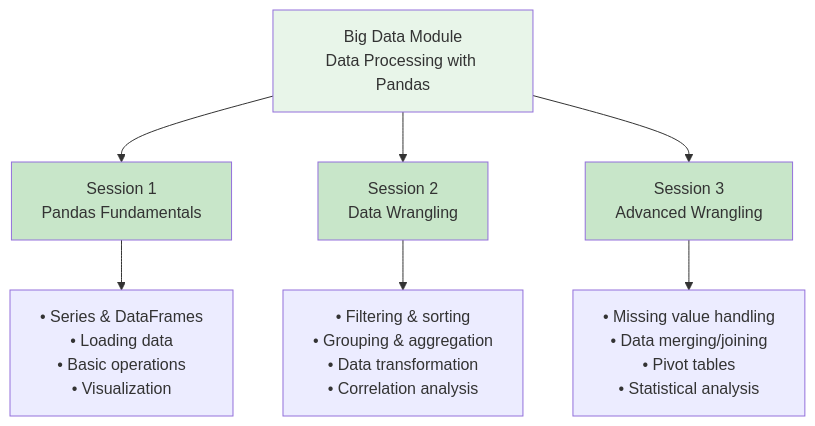
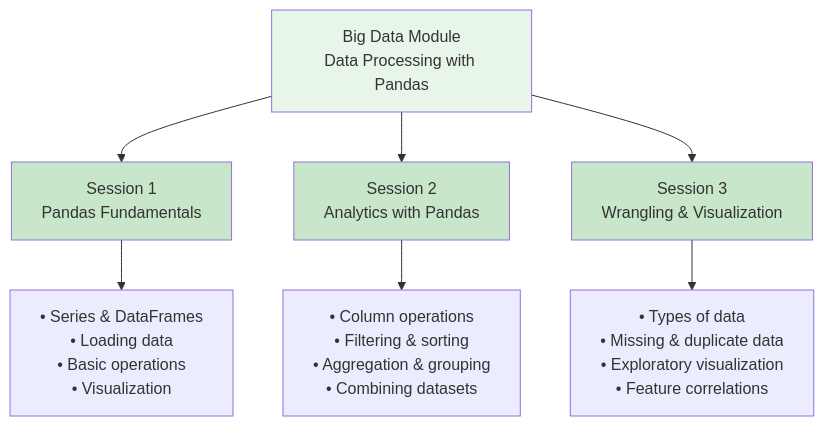
One commit to iportilla/CItraining changed the first of 11 diagrams in module-bd/DOCUMENTATION.md. Above: the diagram before and after it, drawn with Mermaid. The commit also changed other lines of this file and 4 other files, not shown here.

````diff
--- a/module-bd/DOCUMENTATION.md
+++ b/module-bd/DOCUMENTATION.md
@@ -22,17 +22,17 @@
 ```mermaid
 graph TB
     BigData["Big Data Module<br/>Data Processing with Pandas"]
     
     BigData --> Session1["Session 1<br/>Pandas Fundamentals"]
-    BigData --> Session2["Session 2<br/>Data Wrangling"]
-    BigData --> Session3["Session 3<br/>Advanced Wrangling"]
+    BigData --> Session2["Session 2<br/>Analytics with Pandas"]
+    BigData --> Session3["Session 3<br/>Wrangling & Visualization"]
     
     Session1 --> Topics1["• Series & DataFrames<br/>• Loading data<br/>• Basic operations<br/>• Visualization"]
-    Session2 --> Topics2["• Filtering & sorting<br/>• Grouping & aggregation<br/>• Data transformation<br/>• Correlation analysis"]
-    Session3 --> Topics3["• Missing value handling<br/>• Data merging/joining<br/>• Pivot tables<br/>• Statistical analysis"]
+    Session2 --> Topics2["• Column operations<br/>• Filtering & sorting<br/>• Aggregation & grouping<br/>• Combining datasets"]
+    Session3 --> Topics3["• Types of data<br/>• Missing & duplicate data<br/>• Exploratory visualization<br/>• Feature correlations"]
     
     style BigData fill:#e8f5e9
     style Session1 fill:#c8e6c9
     style Session2 fill:#c8e6c9
     style Session3 fill:#c8e6c9
 ```
````
